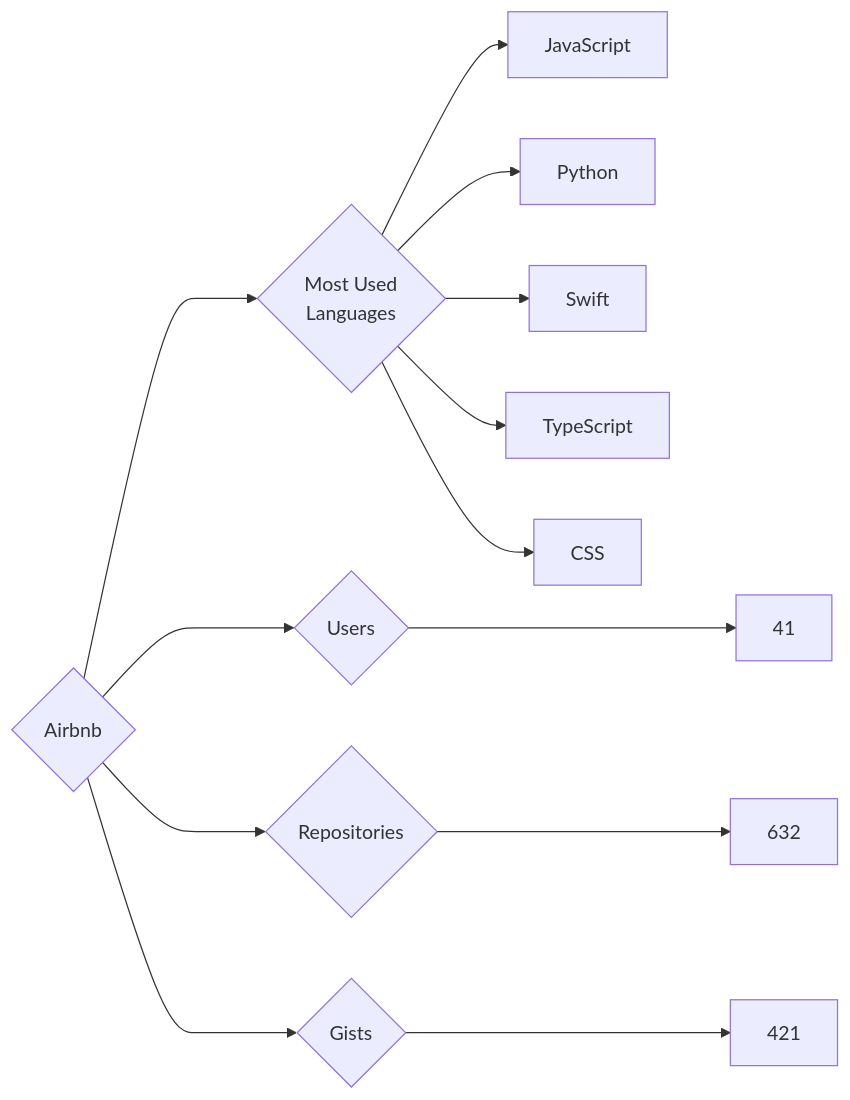
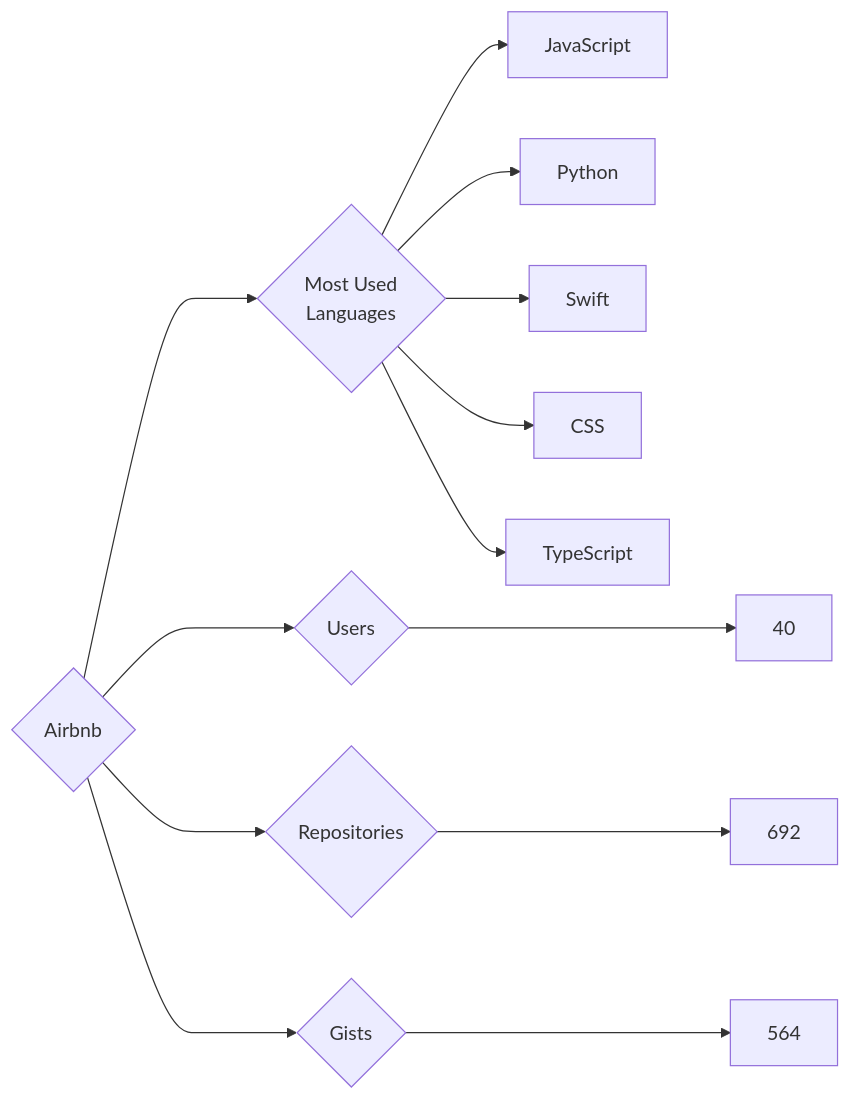
Before and after one commit to trickest/insiders: the diagram in targets/Airbnb/README.md, drawn with Mermaid. The commit also changed 1084 other files, not shown here.

````diff
--- a/targets/Airbnb/README.md
+++ b/targets/Airbnb/README.md
@@ -3,13 +3,13 @@
 ```mermaid
 graph LR
 COMPANY_NAME{Airbnb}
-COMPANY_NAME ---> U{Users} ---> UN[41]
-COMPANY_NAME ---> R{Repositories} ---> RN[632]
-COMPANY_NAME ---> G{Gists} ---> GN[421]
+COMPANY_NAME ---> U{Users} ---> UN[40]
+COMPANY_NAME ---> R{Repositories} ---> RN[692]
+COMPANY_NAME ---> G{Gists} ---> GN[564]
 COMPANY_NAME ---> ML{Most Used<br>Languages}
 ML --> JavaScript[JavaScript]
 ML --> Python[Python]
 ML --> Swift[Swift]
+ML --> CSS[CSS]
 ML --> TypeScript[TypeScript]
-ML --> CSS[CSS]
 ```
````
